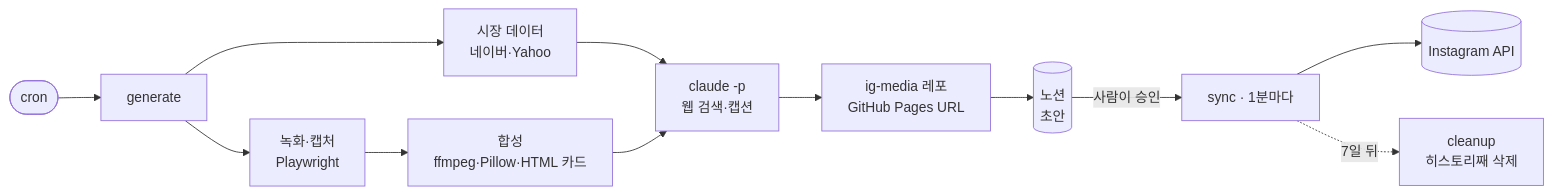
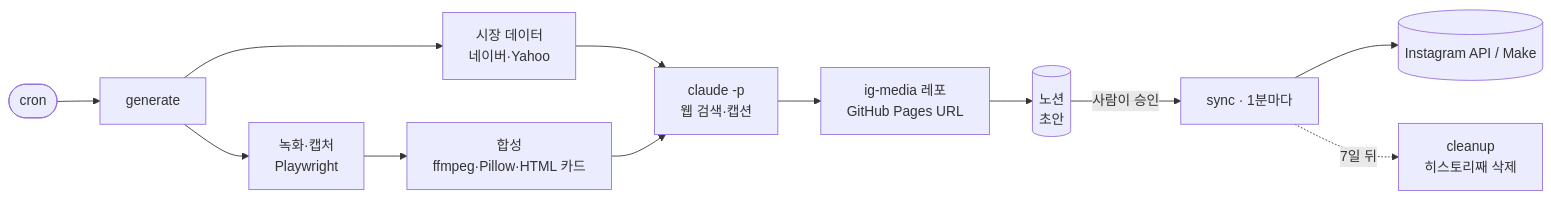
One commit to apg0001/instagram-auto-uploader changed the diagram in README.md. Above: the diagram before and after it, drawn with Mermaid. The commit also changed other lines of this file and 7 other files, not shown here.

````diff
--- a/README.md
+++ b/README.md
@@ -59,14 +59,14 @@
 ```mermaid
 flowchart LR
   cron([cron]) --> gen[generate]
   gen --> cap[녹화·캡처<br/>Playwright]
   gen --> data[시장 데이터<br/>네이버·Yahoo]
   cap --> media[합성<br/>ffmpeg·Pillow·HTML 카드]
   data --> ai[claude -p<br/>웹 검색·캡션]
   media --> ai
   ai --> host[ig-media 레포<br/>GitHub Pages URL]
   host --> notion[(노션<br/>초안)]
   notion -- 사람이 승인 --> sync[sync · 1분마다]
-  sync --> ig[(Instagram API)]
+  sync --> ig[(Instagram API / Make)]
   sync -. 7일 뒤 .-> clean[cleanup<br/>히스토리째 삭제]
 ```
````
